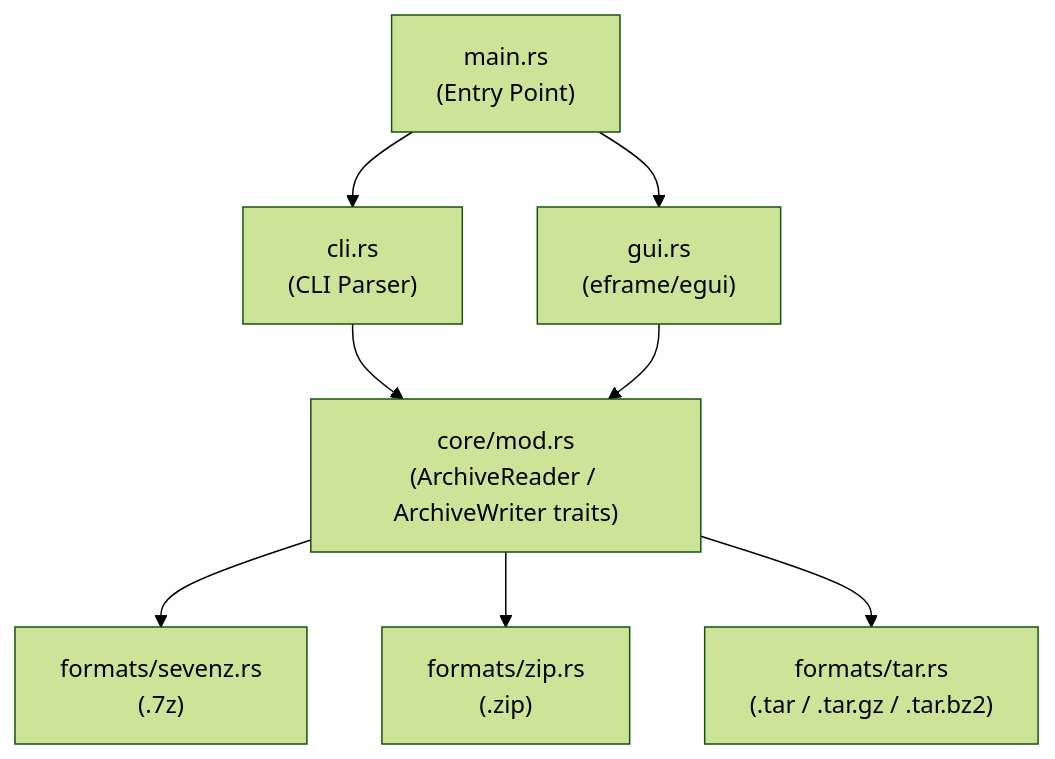
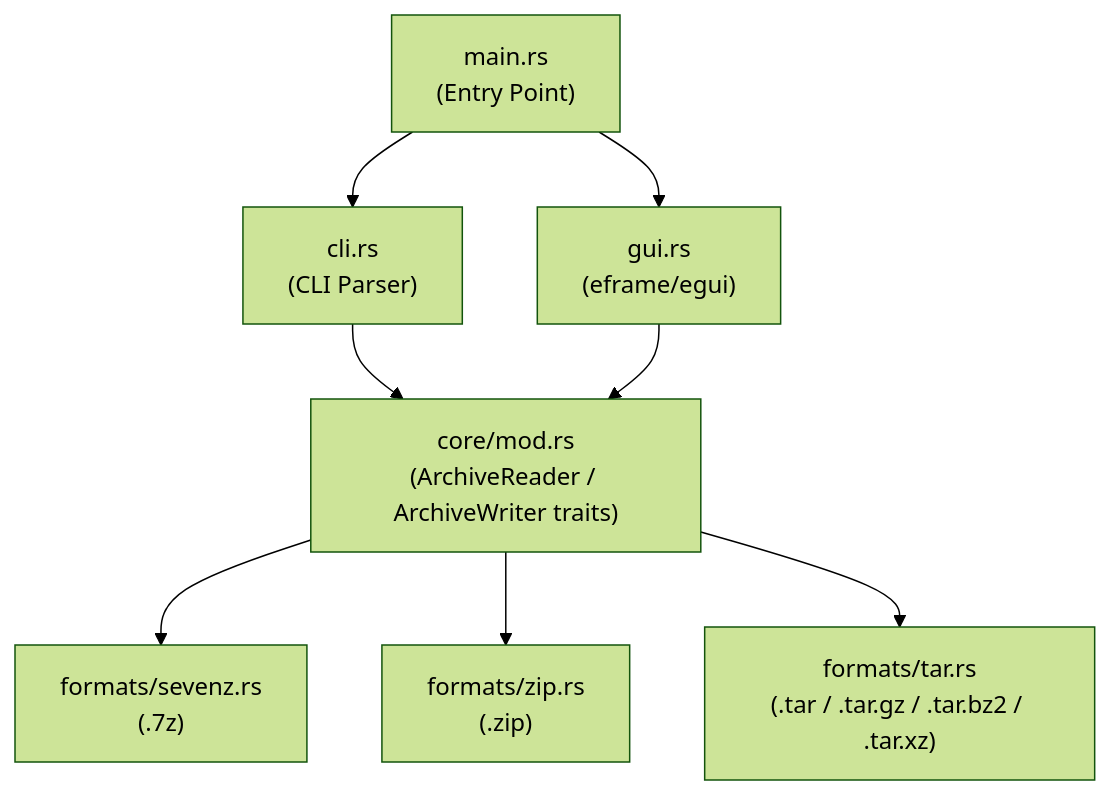
The diagram in README.md (LaurentBerder/OpenArchive), drawn with Mermaid (forest theme) before and after one commit. The commit also changed other lines of this file and 8 other files, not shown here.

````diff
--- a/README.md
+++ b/README.md
@@ -203,10 +203,10 @@
 ```mermaid
 flowchart TD
     Entry["main.rs\n(Entry Point)"] --> CLI["cli.rs\n(CLI Parser)"]
     Entry --> GUI["gui.rs\n(eframe/egui)"]
     CLI --> Core["core/mod.rs\n(ArchiveReader / ArchiveWriter traits)"]
     GUI --> Core
     Core --> SevenZ["formats/sevenz.rs\n(.7z)"]
     Core --> Zip["formats/zip.rs\n(.zip)"]
-    Core --> Tar["formats/tar.rs\n(.tar / .tar.gz / .tar.bz2)"]
+    Core --> Tar["formats/tar.rs\n(.tar / .tar.gz / .tar.bz2 / .tar.xz)"]
 ```
````
